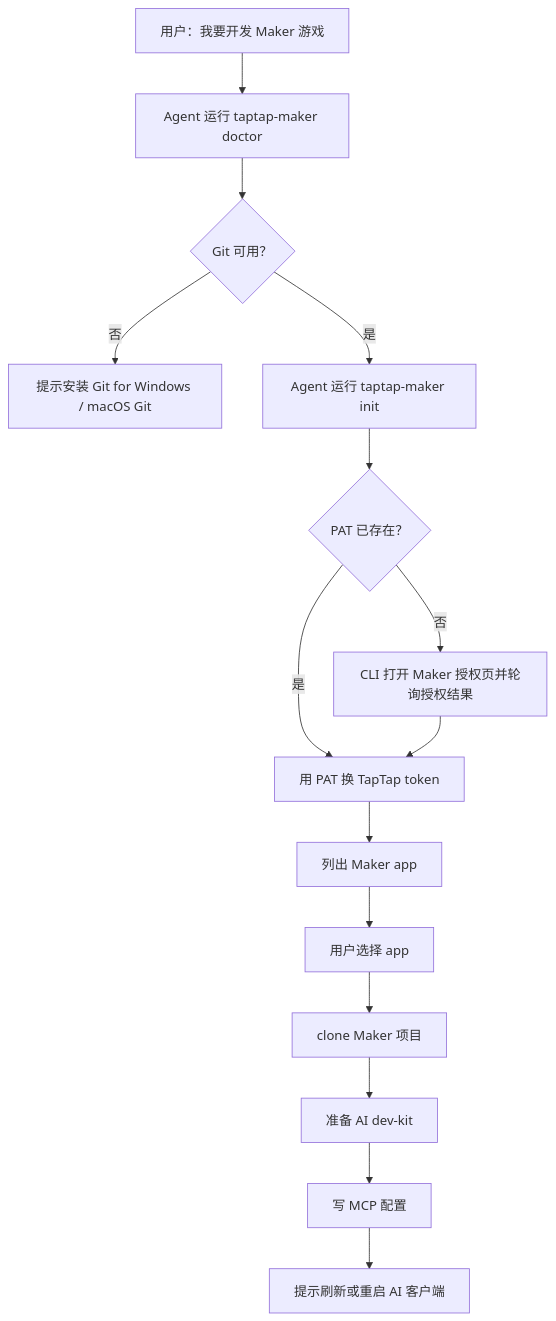
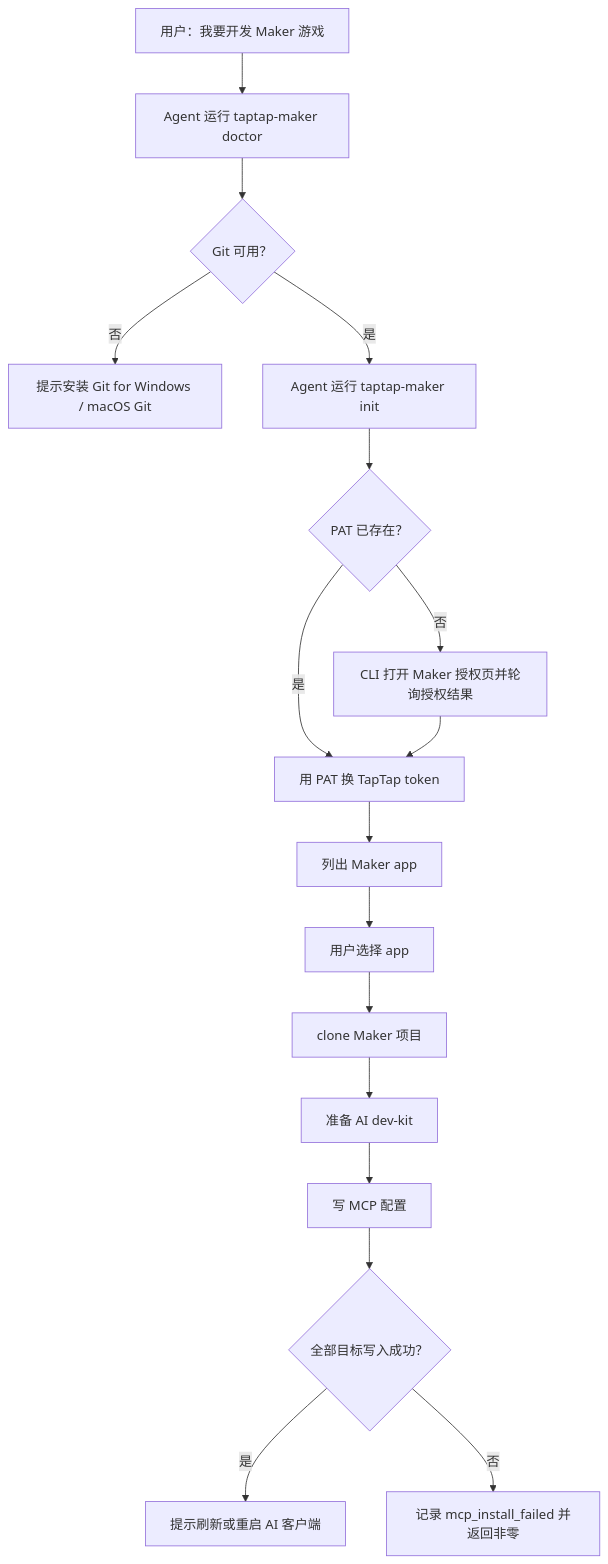
One commit to taptap/instant-games-open-mcp changed the first of 2 diagrams in docs/MAKER_CLI_MCP_SKILL_REWORK_OVERVIEW.md. Above: the diagram before and after it, drawn with Mermaid. The commit also changed other lines of this file and 12 other files, not shown here.

````diff
--- a/docs/MAKER_CLI_MCP_SKILL_REWORK_OVERVIEW.md
+++ b/docs/MAKER_CLI_MCP_SKILL_REWORK_OVERVIEW.md
@@ -141,17 +142,19 @@
 ```mermaid
 flowchart TD
   A["用户：我要开发 Maker 游戏"] --> B["Agent 运行 taptap-maker doctor"]
   B --> C{"Git 可用？"}
   C -- "否" --> C1["提示安装 Git for Windows / macOS Git"]
   C -- "是" --> D["Agent 运行 taptap-maker init"]
   D --> E{"PAT 已存在？"}
   E -- "否" --> E1["CLI 打开 Maker 授权页并轮询授权结果"]
   E -- "是" --> F["用 PAT 换 TapTap token"]
   E1 --> F
   F --> G["列出 Maker app"]
   G --> H["用户选择 app"]
   H --> I["clone Maker 项目"]
   I --> J["准备 AI dev-kit"]
   J --> K["写 MCP 配置"]
-  K --> L["提示刷新或重启 AI 客户端"]
+  K --> L{"全部目标写入成功？"}
+  L -- "是" --> M["提示刷新或重启 AI 客户端"]
+  L -- "否" --> N["记录 mcp_install_failed 并返回非零"]
 ```
````
